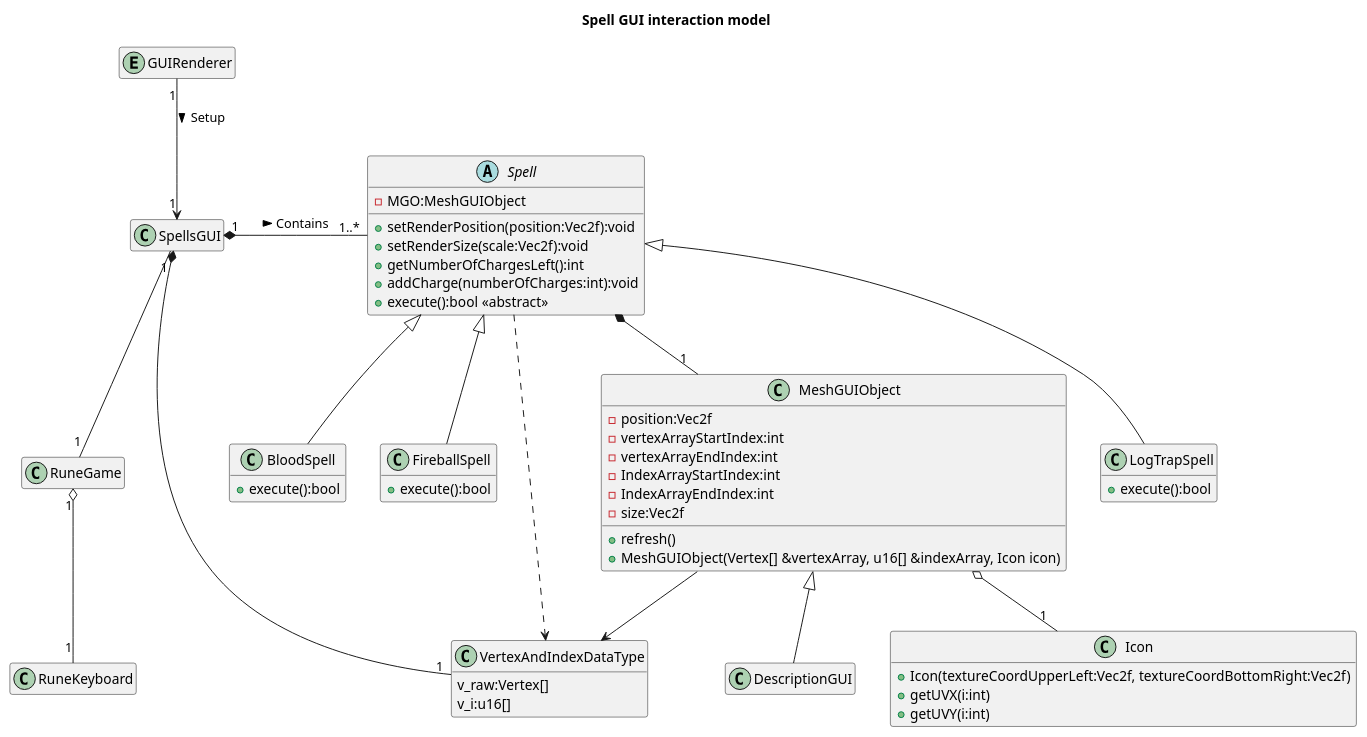
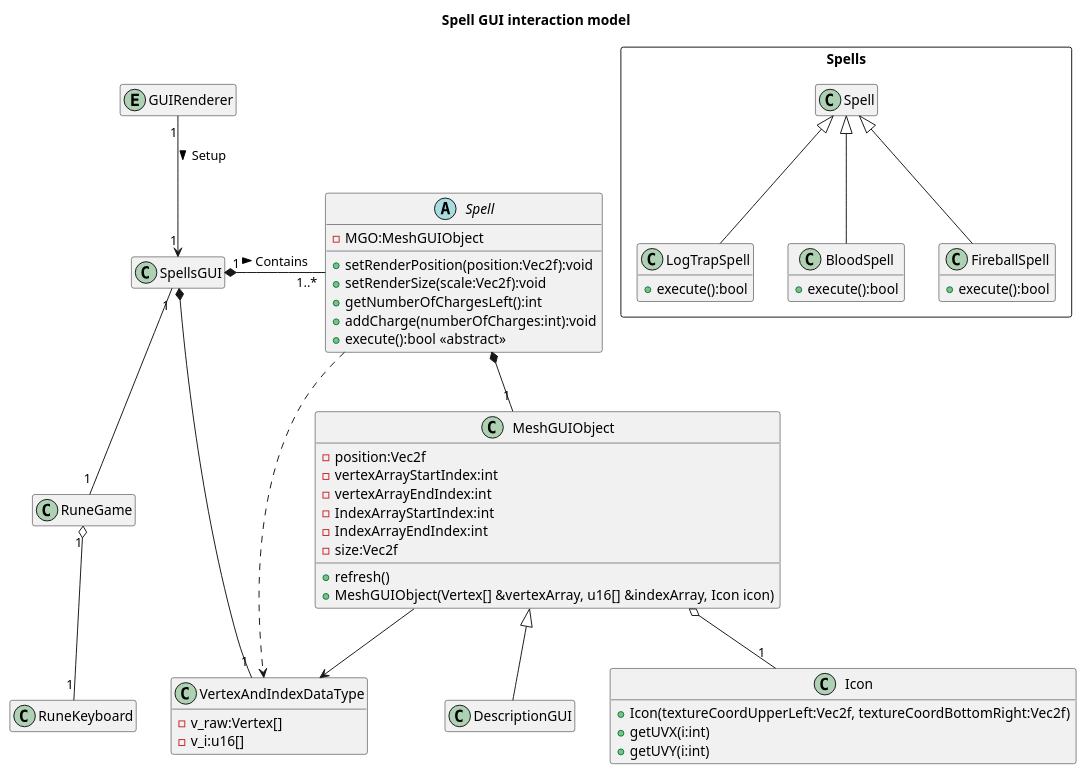
One commit to Kuift/The_Guiftmo_Project changed the diagram in docs/conception.puml. Above: the diagram before and after it, drawn with PlantUML.

```diff
--- a/docs/conception.puml
+++ b/docs/conception.puml
@@ -1,67 +1,71 @@
 @startuml Conception
 
 skinparam defaultfontname Verdana
 title Spell GUI interaction model
 
 hide empty members
 abstract Spell
 {
     - MGO:MeshGUIObject
     + setRenderPosition(position:Vec2f):void
     + setRenderSize(scale:Vec2f):void
     + getNumberOfChargesLeft():int
     + addCharge(numberOfCharges:int):void
     + execute():bool <<abstract>>
 }
 class MeshGUIObject
 {
   - position:Vec2f
   - vertexArrayStartIndex:int
   - vertexArrayEndIndex:int
   - IndexArrayStartIndex:int
   - IndexArrayEndIndex:int
   - size:Vec2f
   + refresh()
   + MeshGUIObject(Vertex[] &vertexArray, u16[] &indexArray, Icon icon)
 }
 class DescriptionGUI extends MeshGUIObject
 {
 
 }
-class LogTrapSpell extends Spell
-{
-  + execute():bool
-}
+
 class Icon
 {
   + Icon(textureCoordUpperLeft:Vec2f, textureCoordBottomRight:Vec2f)
   + getUVX(i:int)
   + getUVY(i:int)
+}
+package Spells <<Rectangle>> 
+{
+class LogTrapSpell extends Spell
+{
+  + execute():bool
 }
 class BloodSpell extends Spell
 {
   + execute():bool
 }
 class FireballSpell extends Spell
 {
   + execute():bool
 }
+}
 class VertexAndIndexDataType
 {
-  v_raw:Vertex[]
-  v_i:u16[]
+  - v_raw:Vertex[]
+  - v_i:u16[]
 }
 class SpellsGUI
 Entity GUIRenderer
 class RuneGame
 class RuneKeyboard
 GUIRenderer "1"--> "1" SpellsGUI : Setup >
 SpellsGUI "1" *- "1..*" Spell : Contains >
 SpellsGUI "1" -- "1"  RuneGame
 RuneGame "1" o-- "1" RuneKeyboard
 Spell *-- "1" MeshGUIObject
 MeshGUIObject o-- "1" Icon
 SpellsGUI *-- "1" VertexAndIndexDataType
 Spell ..> VertexAndIndexDataType
 MeshGUIObject --> VertexAndIndexDataType
 @enduml
```
